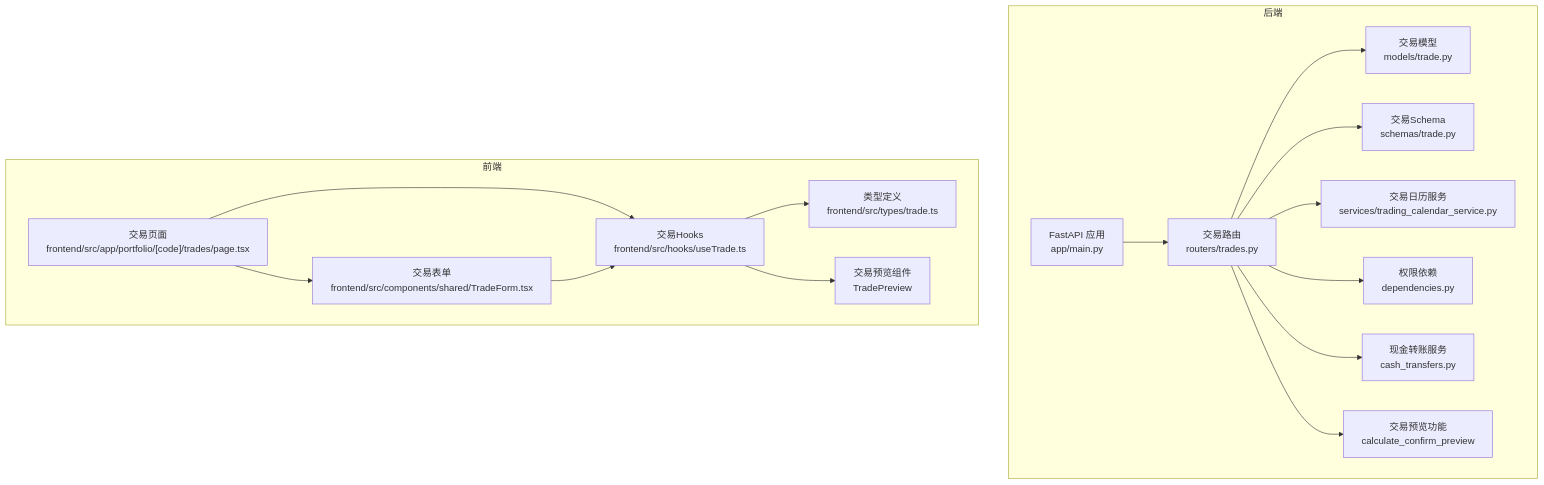
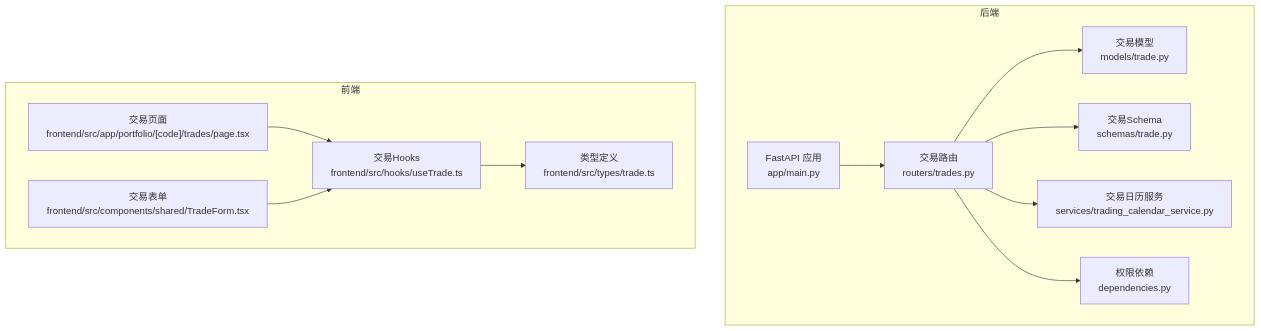
The first of 5 diagrams in .qoder/repowiki/zh/content/后端API文档/交易管理API.md (gujialind/InvestRing), drawn with Mermaid before and after one commit. The commit also changed other lines of this file and 65 other files, not shown here.

````diff
--- a/.qoder/repowiki/zh/content/后端API文档/交易管理API.md
+++ b/.qoder/repowiki/zh/content/后端API文档/交易管理API.md
@@ -49,32 +40,25 @@
 ```mermaid
 graph TB
 subgraph "后端"
 A["FastAPI 应用<br/>app/main.py"]
 B["交易路由<br/>routers/trades.py"]
 C["交易模型<br/>models/trade.py"]
 D["交易Schema<br/>schemas/trade.py"]
 E["交易日历服务<br/>services/trading_calendar_service.py"]
 F["权限依赖<br/>dependencies.py"]
-G["现金转账服务<br/>cash_transfers.py"]
-H["交易预览功能<br/>calculate_confirm_preview"]
 end
 subgraph "前端"
-I["交易页面<br/>frontend/src/app/portfolio/[code]/trades/page.tsx"]
-J["交易表单<br/>frontend/src/components/shared/TradeForm.tsx"]
-K["交易Hooks<br/>frontend/src/hooks/useTrade.ts"]
-L["类型定义<br/>frontend/src/types/trade.ts"]
-M["交易预览组件<br/>TradePreview"]
+G["交易页面<br/>frontend/src/app/portfolio/[code]/trades/page.tsx"]
+H["交易表单<br/>frontend/src/components/shared/TradeForm.tsx"]
+I["交易Hooks<br/>frontend/src/hooks/useTrade.ts"]
+J["类型定义<br/>frontend/src/types/trade.ts"]
 end
 A --> B
 B --> C
 B --> D
 B --> E
 B --> F
-B --> G
-B --> H
+G --> I
+H --> I
 I --> J
-I --> K
-J --> K
-K --> L
-K --> M
 ```
````
